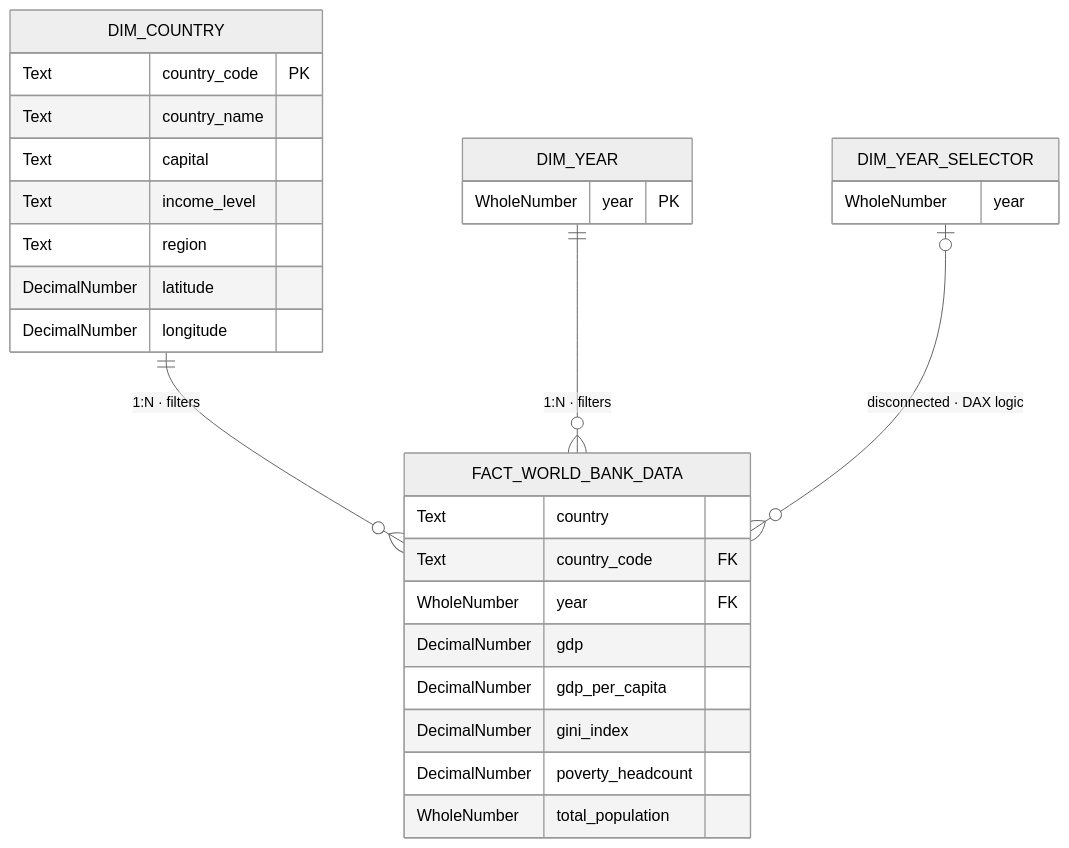
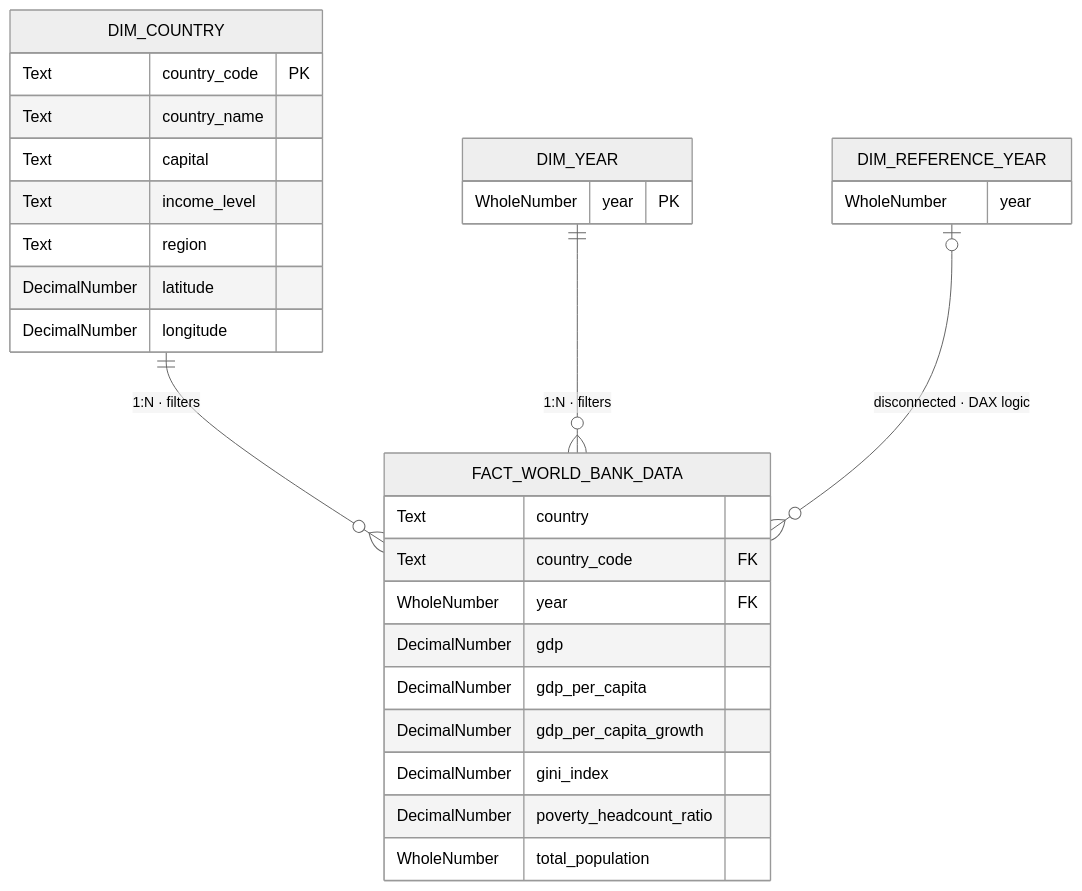
The diagram in docs/data-model.md (Yeisonfhh/worldbank-dashboard-project), drawn with Mermaid (neutral theme) before and after one commit. The commit also changed other lines of this file and 20 other files, not shown here.

Commit message:
Fix: Corrected Mermaid diagram syntax and formatting

````diff
--- a/docs/data-model.md
+++ b/docs/data-model.md
@@ -11,36 +12,37 @@
 ```mermaid
 erDiagram
 
-    DIM_COUNTRY         ||--o{ FACT_WORLD_BANK_DATA : "1:N · filters"
-    DIM_YEAR            ||--o{ FACT_WORLD_BANK_DATA : "1:N · filters"
-    DIM_YEAR_SELECTOR    |o--o{ FACT_WORLD_BANK_DATA : "disconnected · DAX logic"
+    DIM_COUNTRY          ||--o{ FACT_WORLD_BANK_DATA : "1:N · filters"
+    DIM_YEAR             ||--o{ FACT_WORLD_BANK_DATA : "1:N · filters"
+    DIM_REFERENCE_YEAR    |o--o{ FACT_WORLD_BANK_DATA : "disconnected · DAX logic"
 
     DIM_COUNTRY {
         Text          country_code    PK
         Text          country_name
         Text          capital
         Text          income_level
         Text          region
         DecimalNumber latitude
         DecimalNumber longitude
     }
 
     DIM_YEAR {
         WholeNumber   year            PK
     }
 
     FACT_WORLD_BANK_DATA {
         Text          country
         Text          country_code    FK
         WholeNumber   year            FK
         DecimalNumber gdp
         DecimalNumber gdp_per_capita
+        DecimalNumber gdp_per_capita_growth
         DecimalNumber gini_index
-        DecimalNumber poverty_headcount
+        DecimalNumber poverty_headcount_ratio
         WholeNumber   total_population
     }
 
-    DIM_YEAR_SELECTOR {
+    DIM_REFERENCE_YEAR {
         WholeNumber   year
     }
 ```
````
